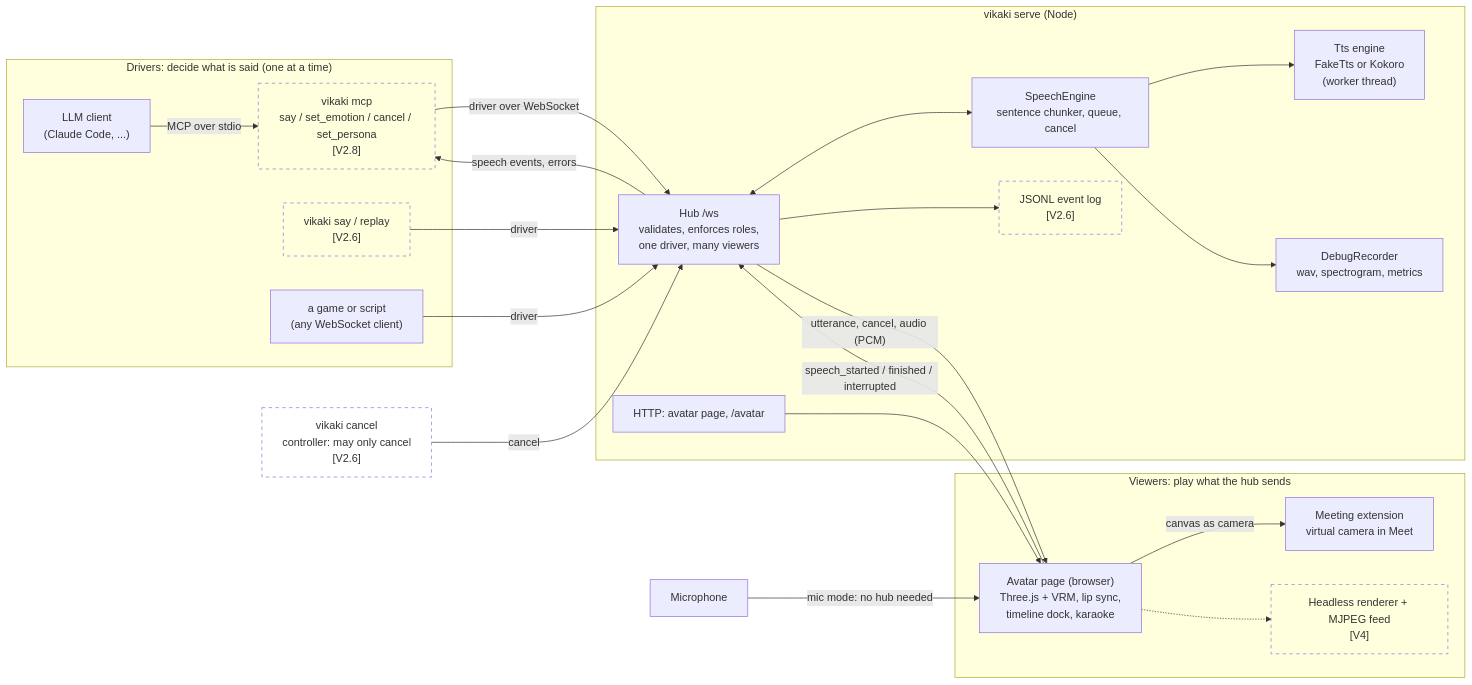
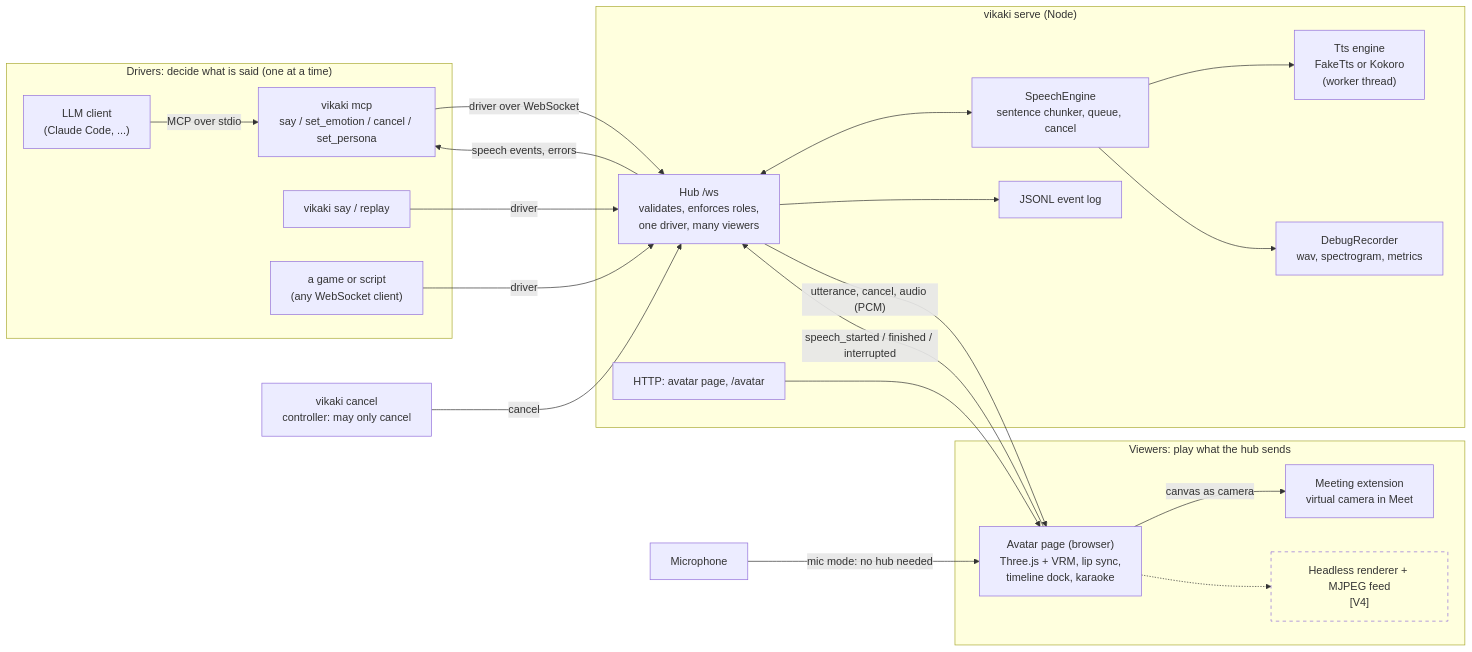
One commit to leejianrong/vikaki changed the first of 2 diagrams in docs/architecture.md. Above: the diagram before and after it, drawn with Mermaid. The commit also changed other lines of this file and 10 other files, not shown here.

Commit message:
KAN-1919: vikaki mcp, an MCP server (say, set_emotion, set_persona, cancel) that drives the hub

````diff
--- a/docs/architecture.md
+++ b/docs/architecture.md
@@ -5,46 +5,46 @@
 ```mermaid
 flowchart LR
   subgraph drivers["Drivers: decide what is said (one at a time)"]
     LLM["LLM client<br/>(Claude Code, ...)"]
-    MCP["vikaki mcp<br/>say / set_emotion / cancel / set_persona<br/>[V2.8]"]:::planned
-    SAY["vikaki say / replay<br/>[V2.6]"]:::planned
+    MCP["vikaki mcp<br/>say / set_emotion / cancel / set_persona"]
+    SAY["vikaki say / replay"]
     GAME["a game or script<br/>(any WebSocket client)"]
   end
-  CTL["vikaki cancel<br/>controller: may only cancel<br/>[V2.6]"]:::planned
+  CTL["vikaki cancel<br/>controller: may only cancel"]
 
   subgraph server["vikaki serve (Node)"]
     HUB["Hub /ws<br/>validates, enforces roles,<br/>one driver, many viewers"]
     SPEECH["SpeechEngine<br/>sentence chunker, queue, cancel"]
     TTS["Tts engine<br/>FakeTts or Kokoro<br/>(worker thread)"]
     REC["DebugRecorder<br/>wav, spectrogram, metrics"]
-    LOG["JSONL event log<br/>[V2.6]"]:::planned
+    LOG["JSONL event log"]
     HTTP["HTTP: avatar page, /avatar"]
   end
 
   subgraph viewers["Viewers: play what the hub sends"]
     PAGE["Avatar page (browser)<br/>Three.js + VRM, lip sync,<br/>timeline dock, karaoke"]
     EXT["Meeting extension<br/>virtual camera in Meet"]
     HEAD["Headless renderer + MJPEG feed<br/>[V4]"]:::planned
   end
 
   LLM -- "MCP over stdio" --> MCP
   MCP -- "driver over WebSocket" --> HUB
   SAY -- "driver" --> HUB
   GAME -- "driver" --> HUB
   CTL -- "cancel" --> HUB
 
   HUB <--> SPEECH
   SPEECH --> TTS
   SPEECH --> REC
   HUB --> LOG
   HUB -- "utterance, cancel, audio (PCM)" --> PAGE
   PAGE -- "speech_started / finished / interrupted" --> HUB
   HUB -- "speech events, errors" --> MCP
   HTTP --> PAGE
   PAGE -- "canvas as camera" --> EXT
   PAGE -.-> HEAD
 
   MIC["Microphone"] -- "mic mode: no hub needed" --> PAGE
 
   classDef planned stroke-dasharray: 5 5,fill:none;
 ```
````
